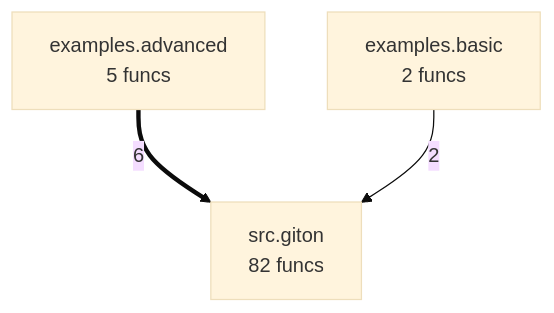
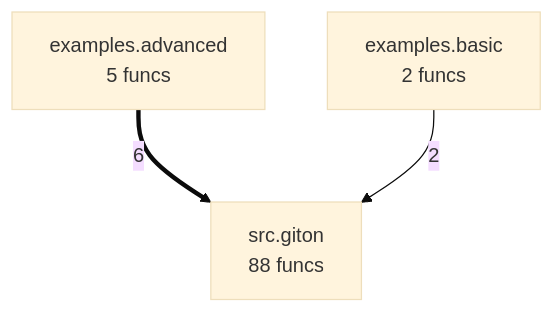
The diagram in project/compact_flow.mmd (semcod/giton), drawn with Mermaid (base theme) before and after one commit. The commit also changed 51 other files, not shown here.

```diff
--- a/project/compact_flow.mmd
+++ b/project/compact_flow.mmd
@@ -1,7 +1,7 @@
 flowchart TD
 %% generated in 0.00s
     examples__advanced["examples.advanced<br/>5 funcs"]
     examples__basic["examples.basic<br/>2 funcs"]
-    src__giton["src.giton<br/>82 funcs"]
+    src__giton["src.giton<br/>88 funcs"]
     examples__advanced ==>|6| src__giton
     examples__basic -->|2| src__giton
```
